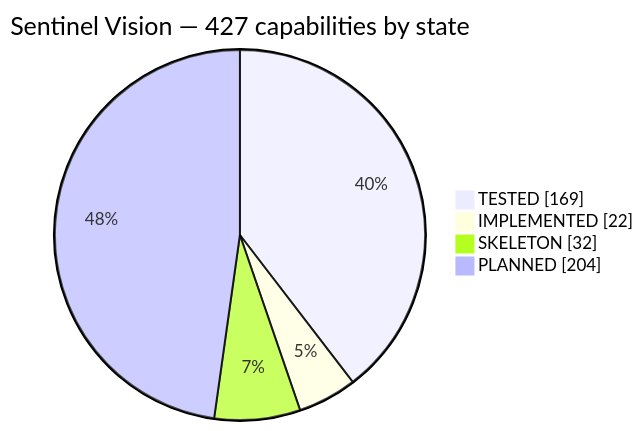
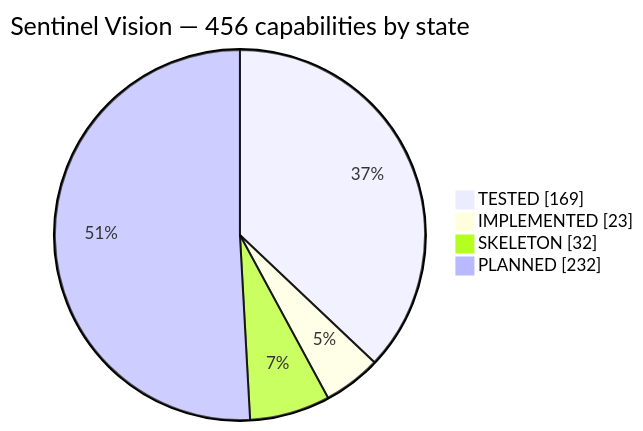
The first of 3 diagrams in FEATURES.md (haidar-farhat/V.I.G.I.L._Vision_Intelligence_and_Geospatial_ncident_Layer), drawn with Mermaid before and after one commit. The commit also changed other lines of this file and 6 other files, not shown here.

````diff
--- a/FEATURES.md
+++ b/FEATURES.md
@@ -46,8 +46,8 @@
 ```mermaid
 pie showData
-    title Sentinel Vision — 427 capabilities by state
+    title Sentinel Vision — 456 capabilities by state
     "TESTED" : 169
-    "IMPLEMENTED" : 22
+    "IMPLEMENTED" : 23
     "SKELETON" : 32
-    "PLANNED" : 204
+    "PLANNED" : 232
 ```
````
